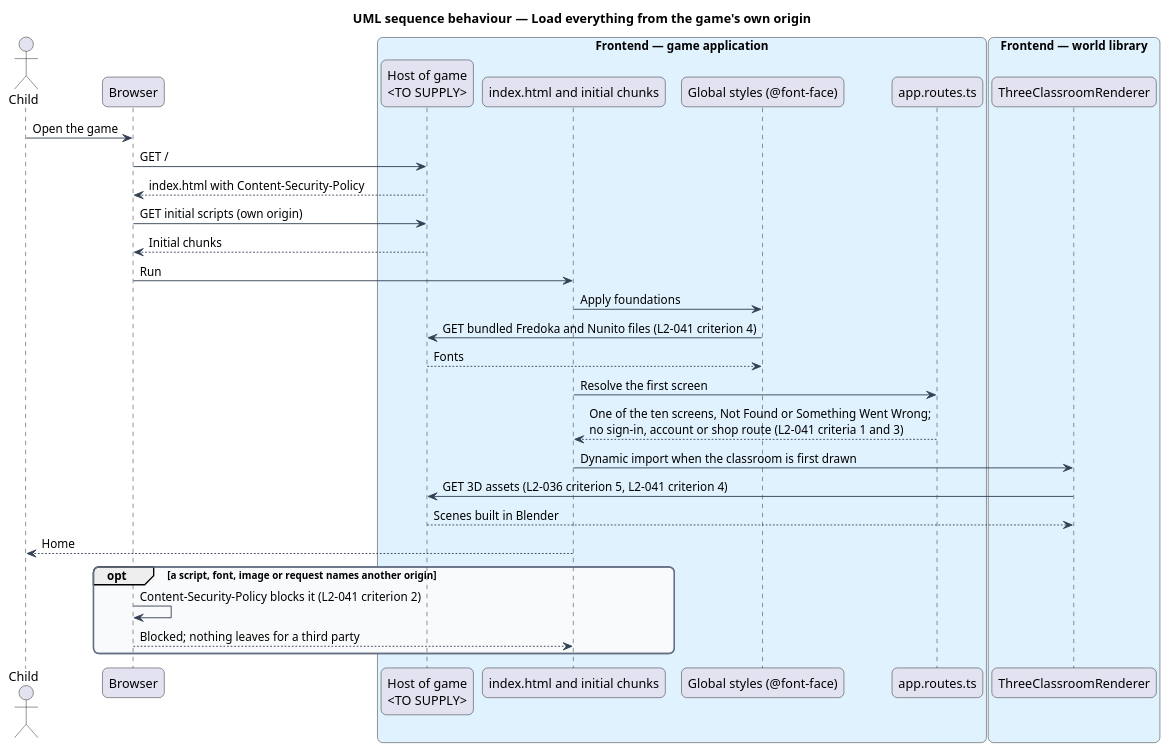
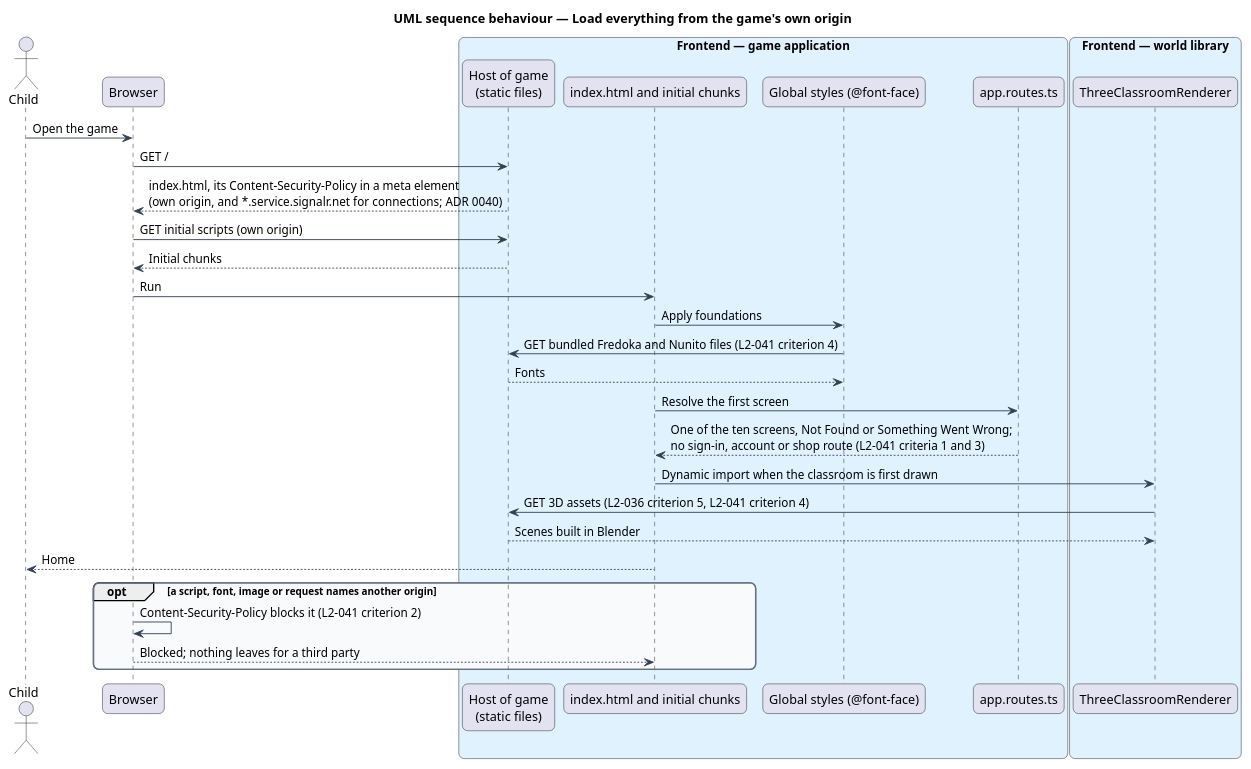
One commit to QuinntyneBrown/around-the-world changed the diagram in docs/detailed-designs/platform/keep-children-safe/diagrams/sequence-load-from-own-origin.puml. Above: the diagram before and after it, drawn with PlantUML. The commit also changed 11 other files, not shown here.

First line of the commit message:
Keep children safe: the policy, the nickname that cannot be built, the audits (ADR 0040)

```diff
--- a/docs/detailed-designs/platform/keep-children-safe/diagrams/sequence-load-from-own-origin.puml
+++ b/docs/detailed-designs/platform/keep-children-safe/diagrams/sequence-load-from-own-origin.puml
@@ -1,47 +1,47 @@
 @startuml
 title UML sequence behaviour — Load everything from the game's own origin
 skinparam backgroundColor #FFFFFF
 skinparam shadowing false
 skinparam roundcorner 12
 skinparam defaultFontName Arial
 skinparam ArrowColor #344054
 skinparam rectangle {
   BorderColor #344054
   FontColor #101828
 }
 skinparam package {
   BorderColor #667085
   FontColor #101828
   BackgroundColor #F9FAFB
 }
 actor "Child" as actor
 participant "Browser" as browser
 box "Frontend — game application" #E0F2FE
-  participant "Host of game\n<TO SUPPLY>" as host
+  participant "Host of game\n(static files)" as host
   participant "index.html and initial chunks" as shell
   participant "Global styles (@font-face)" as styles
   participant "app.routes.ts" as routes
 end box
 box "Frontend — world library" #E0F2FE
   participant "ThreeClassroomRenderer" as renderer
 end box
 actor -> browser : Open the game
 browser -> host : GET /
-host --> browser : index.html with Content-Security-Policy
+host --> browser : index.html, its Content-Security-Policy in a meta element\n(own origin, and *.service.signalr.net for connections; ADR 0040)
 browser -> host : GET initial scripts (own origin)
 host --> browser : Initial chunks
 browser -> shell : Run
 shell -> styles : Apply foundations
 styles -> host : GET bundled Fredoka and Nunito files (L2-041 criterion 4)
 host --> styles : Fonts
 shell -> routes : Resolve the first screen
 routes --> shell : One of the ten screens, Not Found or Something Went Wrong;\nno sign-in, account or shop route (L2-041 criteria 1 and 3)
 shell -> renderer : Dynamic import when the classroom is first drawn
 renderer -> host : GET 3D assets (L2-036 criterion 5, L2-041 criterion 4)
 host --> renderer : Scenes built in Blender
 shell --> actor : Home
 opt a script, font, image or request names another origin
   browser -> browser : Content-Security-Policy blocks it (L2-041 criterion 2)
   browser --> shell : Blocked; nothing leaves for a third party
 end
 @enduml
```
